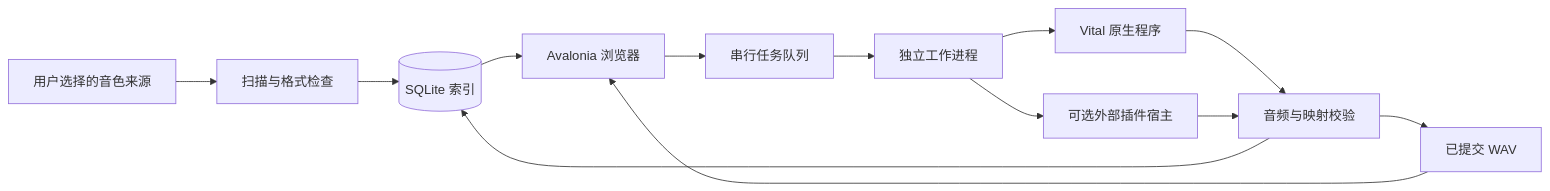
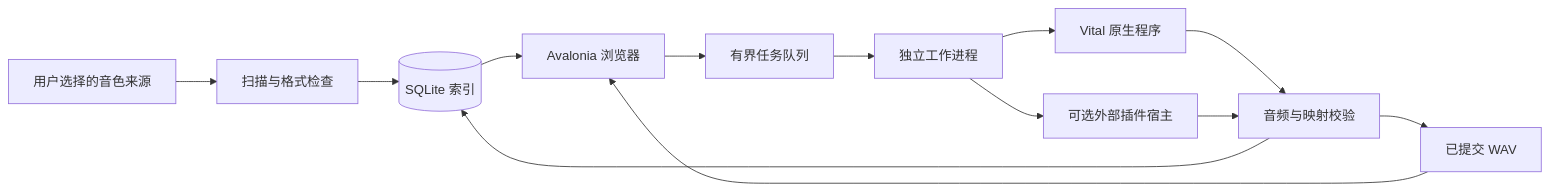
One commit to Reguluz/SoundPreviewer changed the diagram in docs/architecture.md. Above: the diagram before and after it, drawn with Mermaid. The commit also changed other lines of this file and 20 other files, not shown here.

````diff
--- a/docs/architecture.md
+++ b/docs/architecture.md
@@ -28,15 +28,15 @@
 ```mermaid
 flowchart LR
     Source[用户选择的音色来源] --> Scan[扫描与格式检查]
     Scan --> Store[(SQLite 索引)]
     Store --> Browser[Avalonia 浏览器]
-    Browser --> Queue[串行任务队列]
+    Browser --> Queue[有界任务队列]
     Queue --> Worker[独立工作进程]
     Worker --> Vital[Vital 原生程序]
     Worker --> External[可选外部插件宿主]
     Vital --> Validate[音频与映射校验]
     External --> Validate
     Validate --> Audio[已提交 WAV]
     Validate --> Store
     Audio --> Browser
 ```
````
